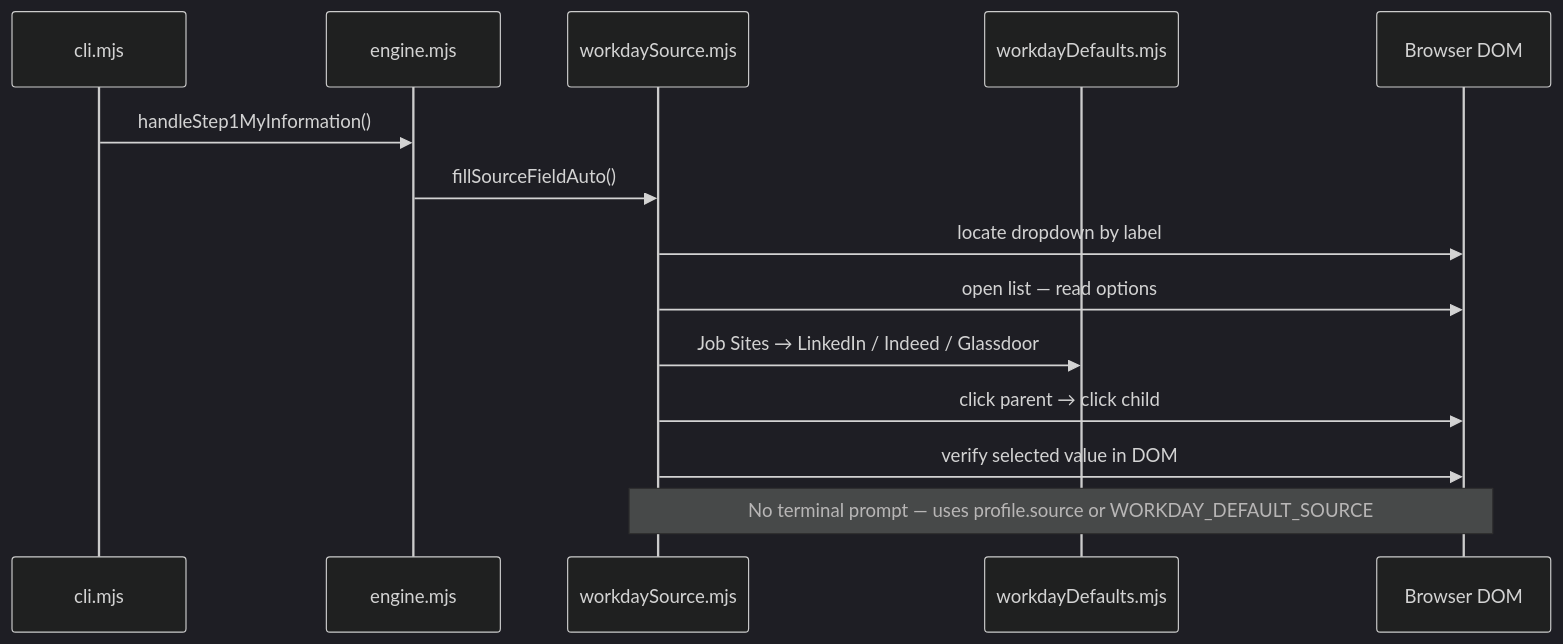
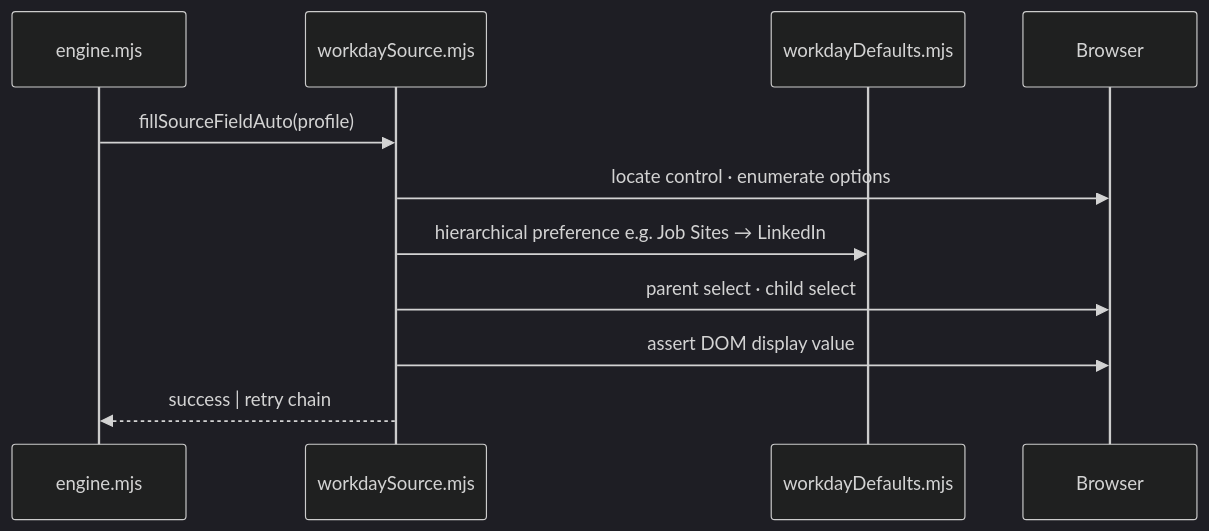
Before and after one commit to ajithchandraapplywizz/Workday_Auto: the fourth of 5 diagrams in README.md, drawn with Mermaid (dark theme). The commit also changed other lines of this file, not shown here.

````diff
--- a/README.md
+++ b/README.md
@@ -127,17 +107,14 @@
 ```mermaid
 sequenceDiagram
-    participant CLI as cli.mjs
-    participant ENG as engine.mjs
-    participant SRC as workdaySource.mjs
-    participant DEF as workdayDefaults.mjs
-    participant BR as Browser DOM
+    participant E as engine.mjs
+    participant S as workdaySource.mjs
+    participant D as workdayDefaults.mjs
+    participant B as Browser
 
-    CLI->>ENG: handleStep1MyInformation()
-    ENG->>SRC: fillSourceFieldAuto()
-    SRC->>BR: locate dropdown by label
-    SRC->>BR: open list — read options
-    SRC->>DEF: Job Sites → LinkedIn / Indeed / Glassdoor
-    SRC->>BR: click parent → click child
-    SRC->>BR: verify selected value in DOM
-    Note over SRC,BR: No terminal prompt — uses profile.source or WORKDAY_DEFAULT_SOURCE
+    E->>S: fillSourceFieldAuto(profile)
+    S->>B: locate control · enumerate options
+    S->>D: hierarchical preference e.g. Job Sites → LinkedIn
+    S->>B: parent select · child select
+    S->>B: assert DOM display value
+    S-->>E: success | retry chain
 ```
````
